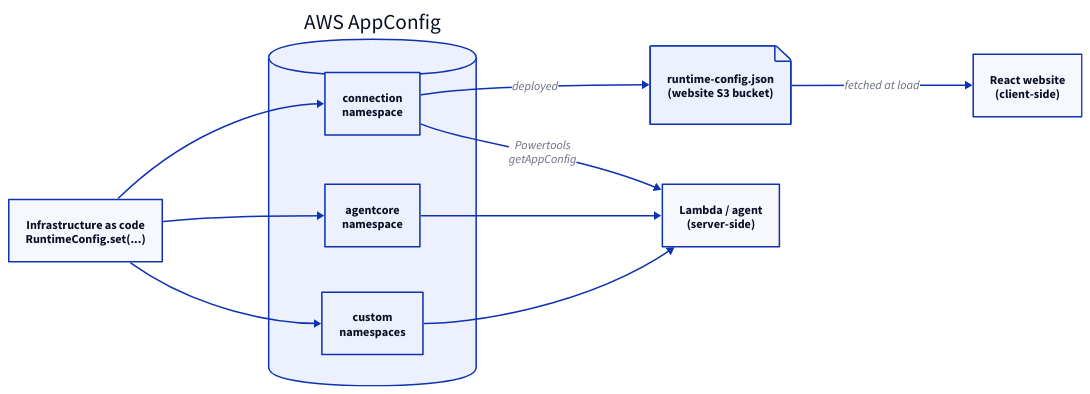
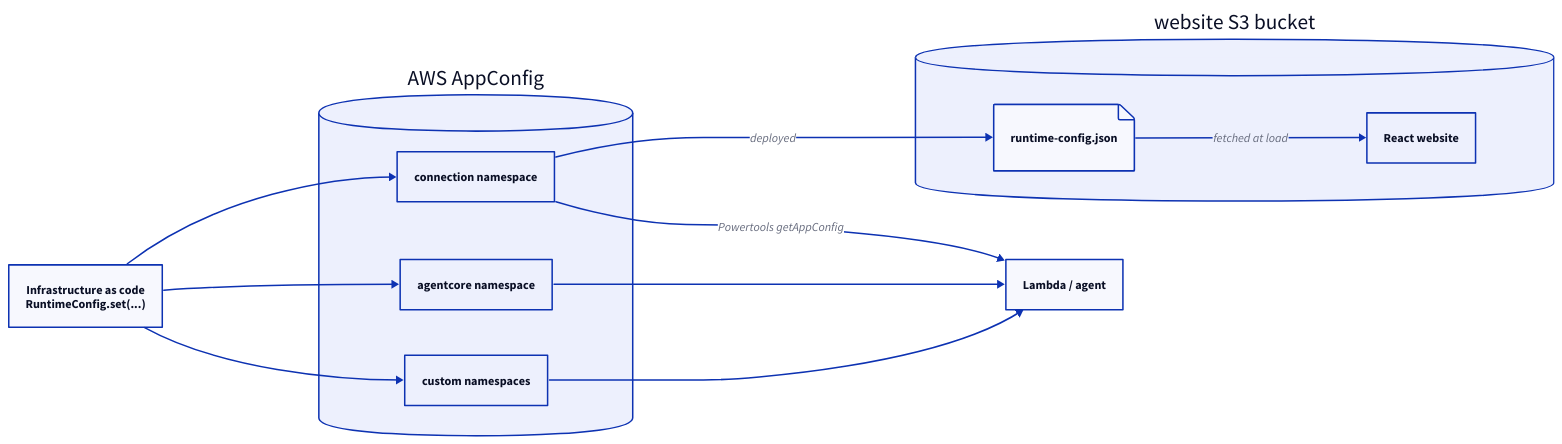
The diagram in docs/src/content/docs/en/guides/runtime-config.mdx (awslabs/nx-plugin-for-aws), drawn with D2 before and after one commit. The commit also changed 7 other files, not shown here.

First line of the commit message:
docs: tighten runtime-config diagram, delete unused ER PNG

````diff
--- a/docs/src/content/docs/en/guides/runtime-config.mdx
+++ b/docs/src/content/docs/en/guides/runtime-config.mdx
@@ -27,30 +27,33 @@
 ```d2
 direction: right
 
 iac: "Infrastructure as code\nRuntimeConfig.set(...)"
 
 appconfig: "AWS AppConfig" {
   shape: cylinder
-  connection: "connection\nnamespace"
-  agentcore: "agentcore\nnamespace"
-  custom: "custom\nnamespaces"
+  connection: "connection namespace"
+  agentcore: "agentcore namespace"
+  custom: "custom namespaces"
 }
 
-s3: "runtime-config.json\n(website S3 bucket)" {
-  shape: page
+s3: "website S3 bucket" {
+  shape: cylinder
+  rcj: runtime-config.json {
+    shape: page
+  }
+  website: React website
+  rcj -> website: fetched at load
 }
 
-website: "React website\n(client-side)"
-server: "Lambda / agent\n(server-side)"
+server: Lambda / agent
 
 iac -> appconfig.connection
 iac -> appconfig.agentcore
 iac -> appconfig.custom
 
-appconfig.connection -> s3: deployed
-s3 -> website: fetched at load
+appconfig.connection -> s3.rcj: deployed
 
-appconfig.connection -> server: Powertools\ngetAppConfig
+appconfig.connection -> server: Powertools getAppConfig
 appconfig.agentcore -> server
 appconfig.custom -> server
 ```
````
